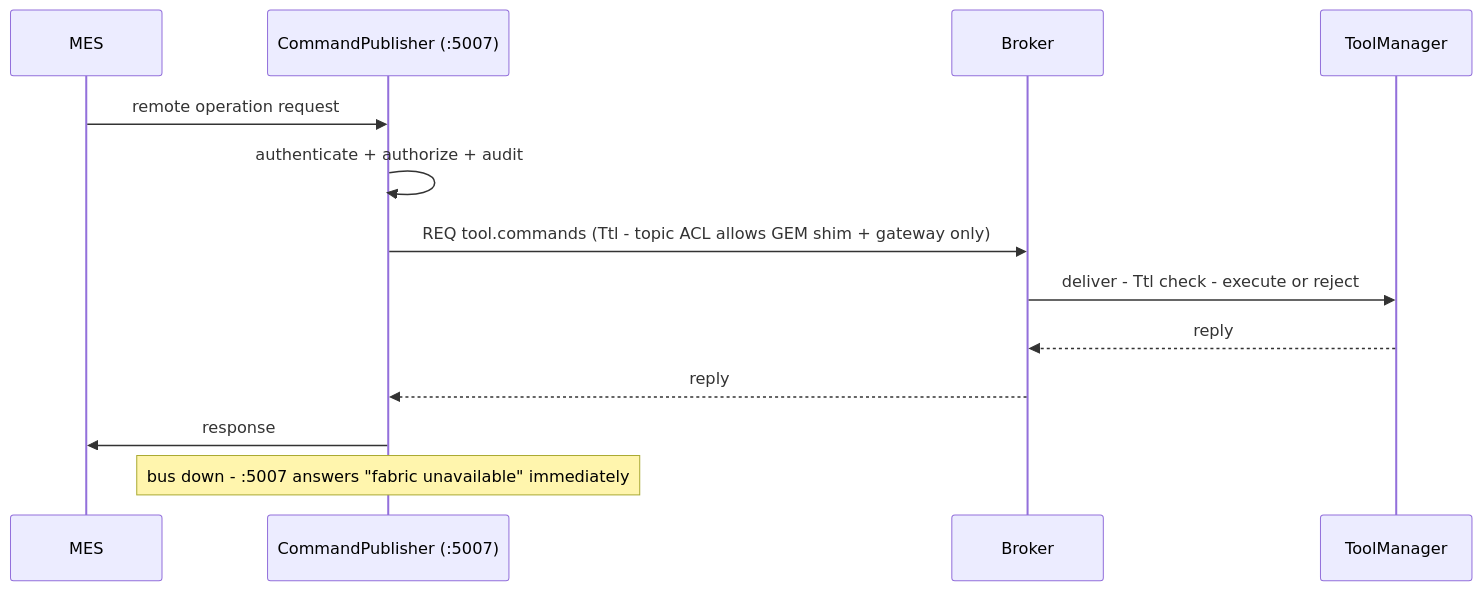
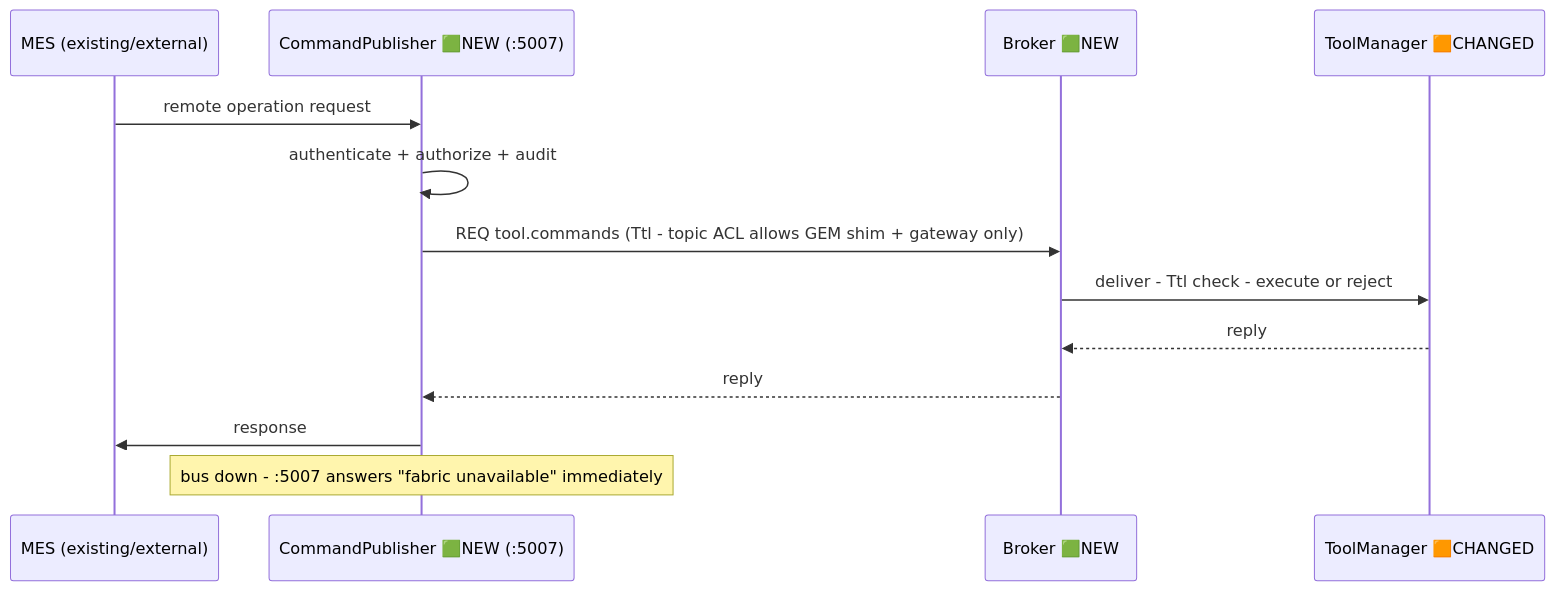
One commit to amitA-camtek/bus_gateway changed the sixth of 15 diagrams in stage/01-system-architecture.md. Above: the diagram before and after it, drawn with Mermaid. The commit also changed other lines of this file and 11 other files, not shown here.

````diff
--- a/stage/01-system-architecture.md
+++ b/stage/01-system-architecture.md
@@ -142,16 +171,16 @@
 ```mermaid
 sequenceDiagram
-    participant M as MES
-    participant GW as CommandPublisher (:5007)
-    participant BUS as Broker
-    participant TM as ToolManager
+    participant M as MES (existing/external)
+    participant GW as CommandPublisher 🟩NEW (:5007)
+    participant BUS as Broker 🟩NEW
+    participant TM as ToolManager 🟧CHANGED
 
     M->>GW: remote operation request
     GW->>GW: authenticate + authorize + audit
     GW->>BUS: REQ tool.commands (Ttl - topic ACL allows GEM shim + gateway only)
     BUS->>TM: deliver - Ttl check - execute or reject
     TM-->>BUS: reply
     BUS-->>GW: reply
     GW->>M: response
     Note over GW: bus down - :5007 answers "fabric unavailable" immediately
 ```
````
